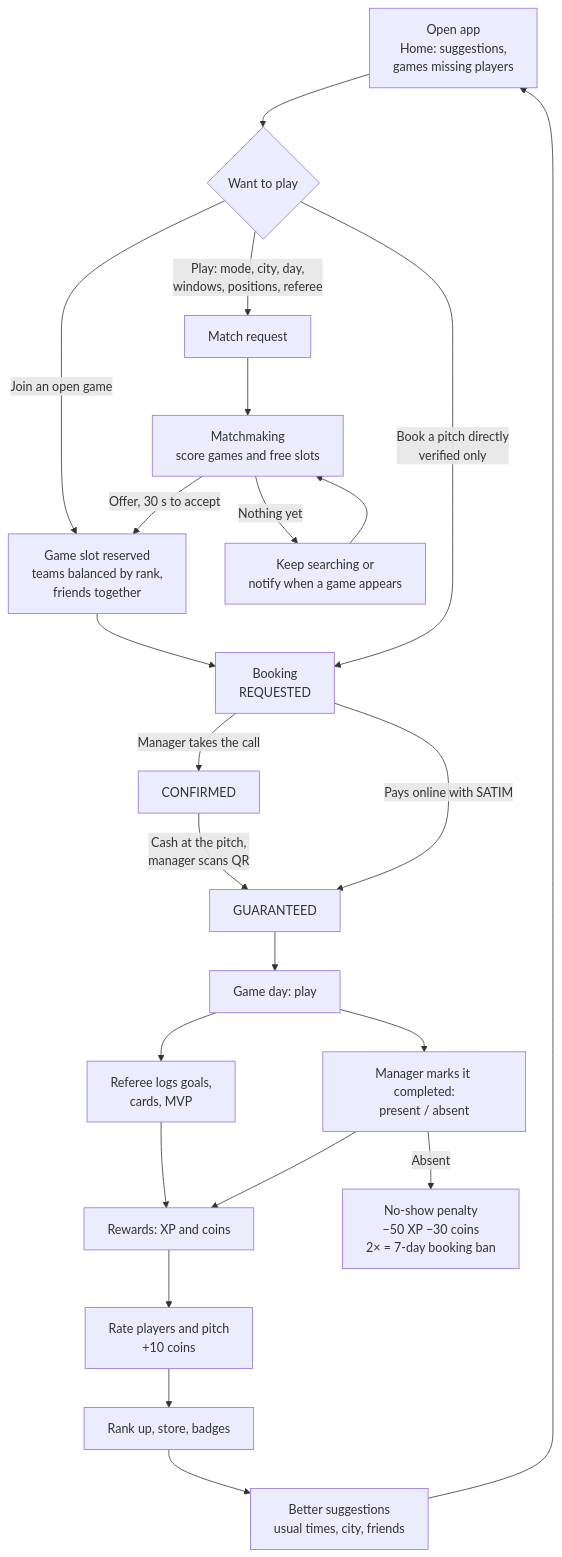
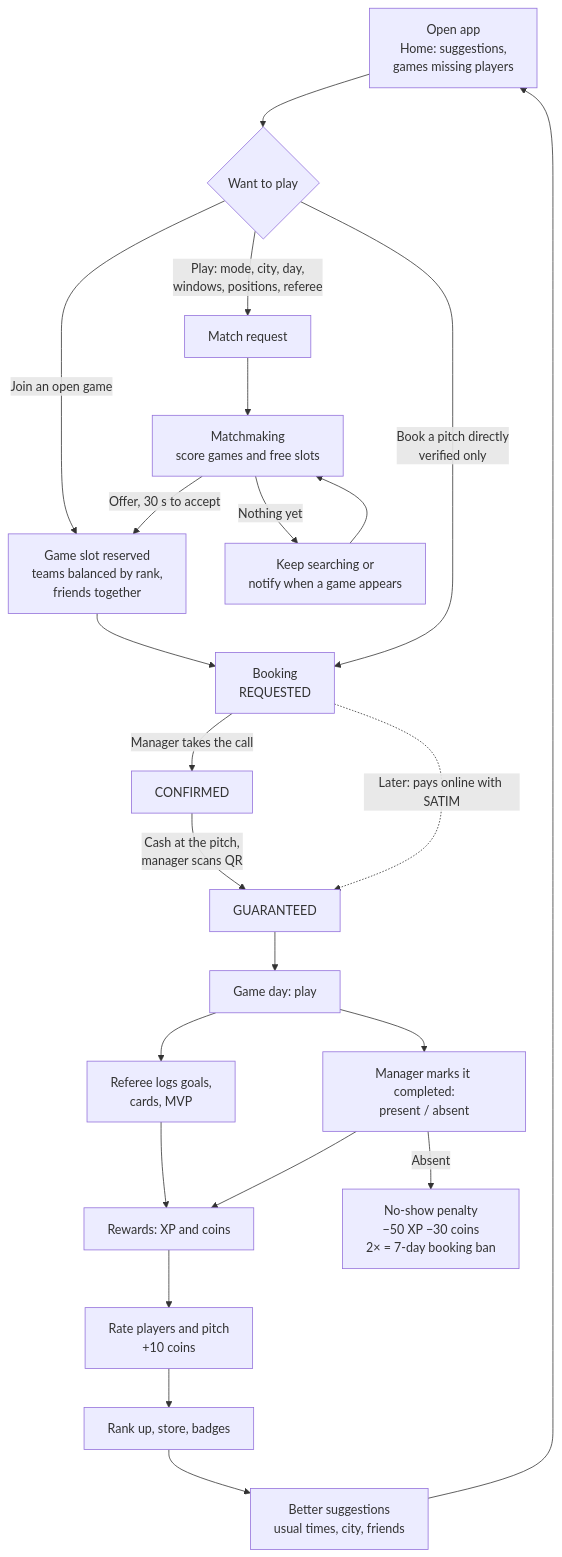
The first of 3 diagrams in docs/ARCHITECTURE.md (shwailbmg-cyber/matchiko), drawn with Mermaid before and after one commit. The commit also changed other lines of this file and 40 other files, not shown here.

````diff
--- a/docs/ARCHITECTURE.md
+++ b/docs/ARCHITECTURE.md
@@ -35,25 +37,25 @@
 ```mermaid
 flowchart TD
     A[Open app<br/>Home: suggestions,<br/>games missing players] --> B{Want to play}
     B -->|Join an open game| F
     B -->|Play: mode, city, day,<br/>windows, positions, referee| C[Match request]
     B -->|Book a pitch directly<br/>verified only| E
     C --> D[Matchmaking<br/>score games and free slots]
     D -->|Offer, 30 s to accept| F[Game slot reserved<br/>teams balanced by rank,<br/>friends together]
     D -->|Nothing yet| D2[Keep searching or<br/>notify when a game appears]
     D2 --> D
     F --> E[Booking<br/>REQUESTED]
     E -->|Manager takes the call| G[CONFIRMED]
-    E -->|Pays online with SATIM| H
+    E -.->|Later: pays online with SATIM| H
     G -->|Cash at the pitch,<br/>manager scans QR| H[GUARANTEED]
     H --> I[Game day: play]
     I --> J[Referee logs goals,<br/>cards, MVP]
     I --> K[Manager marks it completed:<br/>present / absent]
     J --> L[Rewards: XP and coins]
     K --> L
     K -->|Absent| P[No-show penalty<br/>−50 XP −30 coins<br/>2× = 7-day booking ban]
     L --> M[Rate players and pitch<br/>+10 coins]
     M --> N[Rank up, store, badges]
     N --> O[Better suggestions<br/>usual times, city, friends]
     O --> A
 ```
````
